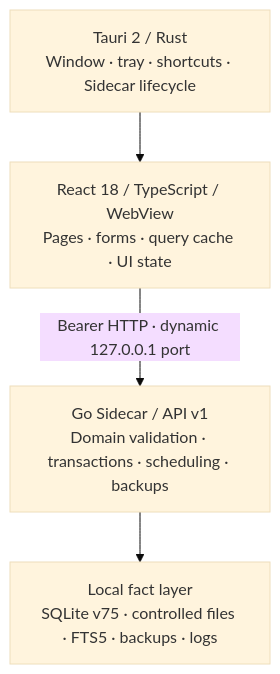
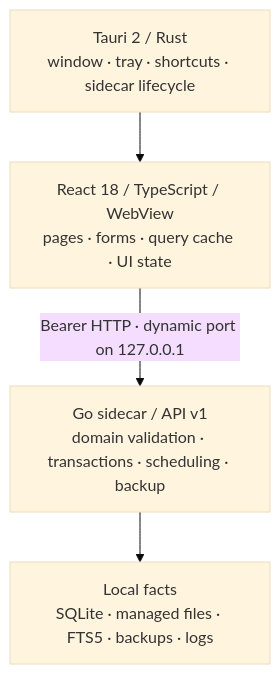
The diagram in README.en.md (DingxinTao0417/opc-workspace), drawn with Mermaid (base theme) before and after one commit. The commit also changed other lines of this file and 1 other file, not shown here.

````diff
--- a/README.en.md
+++ b/README.en.md
@@ -154,11 +156,11 @@
 ```mermaid
 flowchart TB
-    Desktop["Tauri 2 / Rust<br/>Window · tray · shortcuts · Sidecar lifecycle"]
-    Web["React 18 / TypeScript / WebView<br/>Pages · forms · query cache · UI state"]
-    API["Go Sidecar / API v1<br/>Domain validation · transactions · scheduling · backups"]
-    Data["Local fact layer<br/>SQLite v75 · controlled files · FTS5 · backups · logs"]
+    Desktop["Tauri 2 / Rust<br/>window · tray · shortcuts · sidecar lifecycle"]
+    Web["React 18 / TypeScript / WebView<br/>pages · forms · query cache · UI state"]
+    API["Go sidecar / API v1<br/>domain validation · transactions · scheduling · backup"]
+    Data["Local facts<br/>SQLite · managed files · FTS5 · backups · logs"]
 
     Desktop --> Web
-    Web -->|"Bearer HTTP · dynamic 127.0.0.1 port"| API
+    Web -->|"Bearer HTTP · dynamic port on 127.0.0.1"| API
     API --> Data
 ```
````
